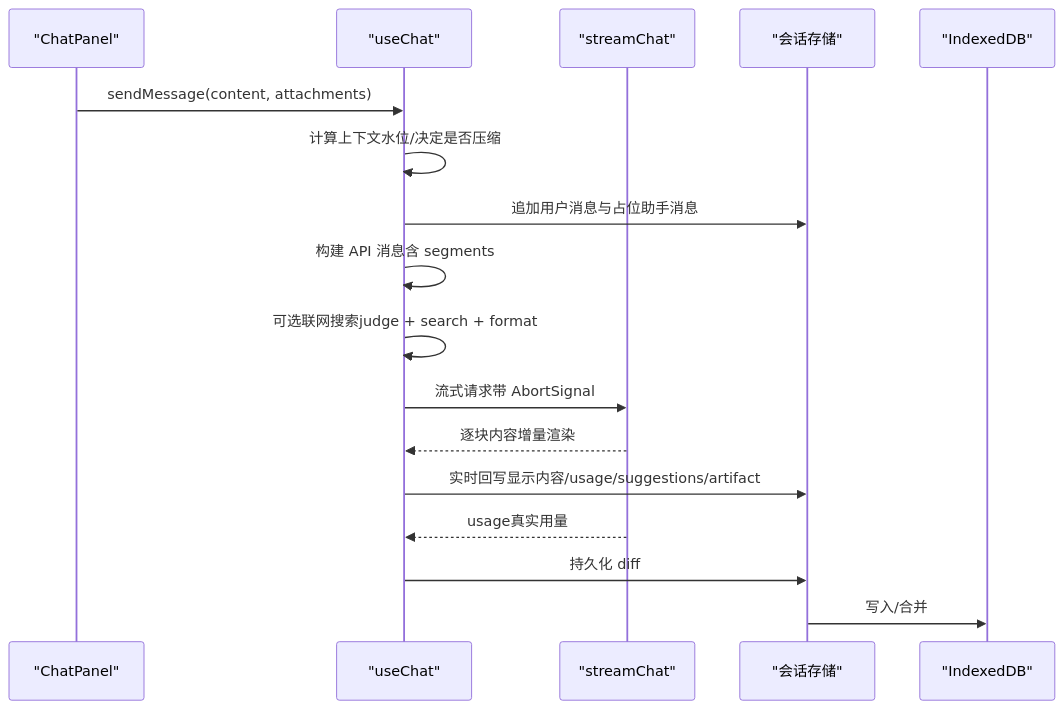
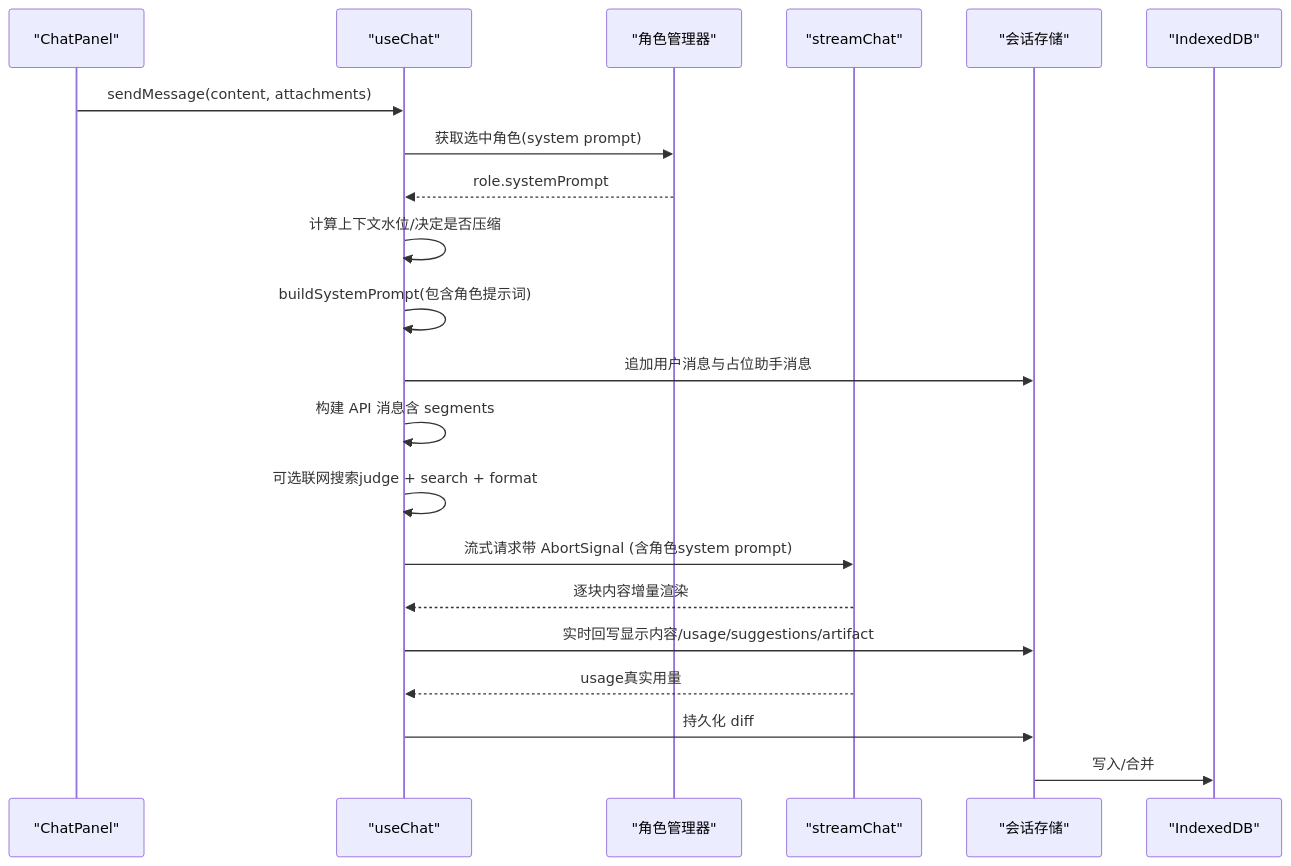
One commit to billye220670/AIShop changed the second of 6 diagrams in .qoder/repowiki/zh/content/聊天模块/聊天状态管理 Hook.md. Above: the diagram before and after it, drawn with Mermaid. The commit also changed other lines of this file and 32 other files, not shown here.

````diff
--- a/.qoder/repowiki/zh/content/聊天模块/聊天状态管理 Hook.md
+++ b/.qoder/repowiki/zh/content/聊天模块/聊天状态管理 Hook.md
@@ -86,19 +96,23 @@
 ```mermaid
 sequenceDiagram
 participant UI as "ChatPanel"
 participant Hook as "useChat"
+participant RoleMgr as "角色管理器"
 participant API as "streamChat"
 participant Store as "会话存储"
 participant DB as "IndexedDB"
 UI->>Hook : sendMessage(content, attachments)
+Hook->>RoleMgr : 获取选中角色(system prompt)
+RoleMgr-->>Hook : role.systemPrompt
 Hook->>Hook : 计算上下文水位/决定是否压缩
+Hook->>Hook : buildSystemPrompt(包含角色提示词)
 Hook->>Store : 追加用户消息与占位助手消息
 Hook->>Hook : 构建 API 消息含 segments
 Hook->>Hook : 可选联网搜索judge + search + format
-Hook->>API : 流式请求带 AbortSignal
+Hook->>API : 流式请求带 AbortSignal (含角色system prompt)
 API-->>Hook : 逐块内容增量渲染
 Hook->>Store : 实时回写显示内容/usage/suggestions/artifact
 API-->>Hook : usage真实用量
 Hook->>Store : 持久化 diff
 Store->>DB : 写入/合并
 ```
````
